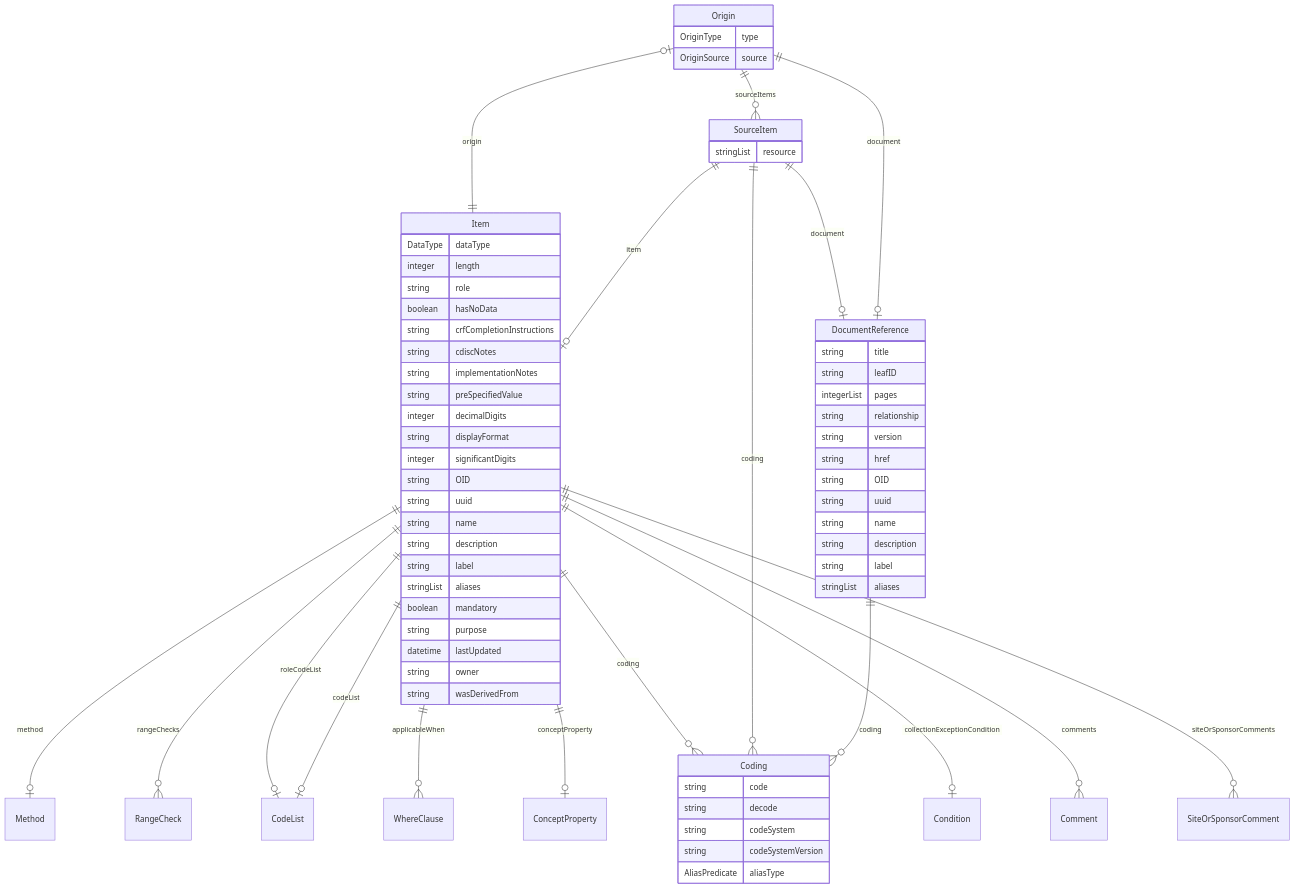
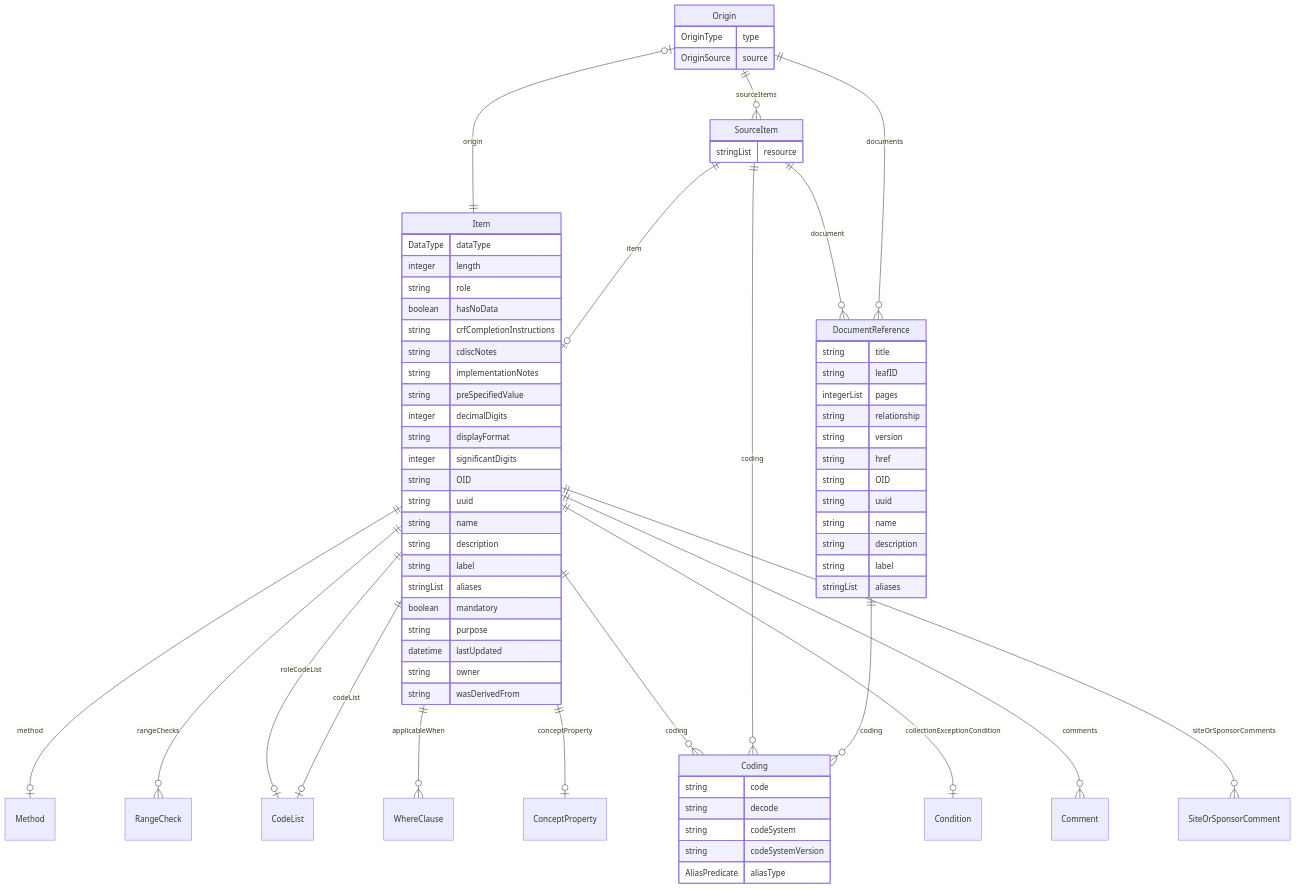
Before and after one commit to TeMeta/define-json: the diagram in docs/classes/Origin.md, drawn with Mermaid. The commit also changed other lines of this file and 110 other files, not shown here.

````diff
--- a/docs/classes/Origin.md
+++ b/docs/classes/Origin.md
@@ -16,74 +16,74 @@
 ```mermaid
 erDiagram
 Origin {
     OriginType type  
     OriginSource source  
 }
 DocumentReference {
     string title  
     string leafID  
     integerList pages  
     string relationship  
     string version  
     string href  
     string OID  
     string uuid  
     string name  
     string description  
     string label  
     stringList aliases  
 }
 Coding {
     string code  
     string decode  
     string codeSystem  
     string codeSystemVersion  
     AliasPredicate aliasType  
 }
 SourceItem {
     stringList resource  
 }
 Item {
     DataType dataType  
     integer length  
     string role  
     boolean hasNoData  
     string crfCompletionInstructions  
     string cdiscNotes  
     string implementationNotes  
     string preSpecifiedValue  
     integer decimalDigits  
     string displayFormat  
     integer significantDigits  
     string OID  
     string uuid  
     string name  
     string description  
     string label  
     stringList aliases  
     boolean mandatory  
     string purpose  
     datetime lastUpdated  
     string owner  
     string wasDerivedFrom  
 }
 
 Origin ||--}o SourceItem : "sourceItems"
-Origin ||--|o DocumentReference : "document"
+Origin ||--}o DocumentReference : "documents"
 DocumentReference ||--}o Coding : "coding"
 SourceItem ||--|o Item : "item"
-SourceItem ||--|o DocumentReference : "document"
+SourceItem ||--}o DocumentReference : "document"
 SourceItem ||--}o Coding : "coding"
 Item ||--|o CodeList : "codeList"
 Item ||--|o Method : "method"
 Item ||--}o RangeCheck : "rangeChecks"
 Item ||--}o WhereClause : "applicableWhen"
 Item ||--|o Origin : "origin"
 Item ||--|o ConceptProperty : "conceptProperty"
 Item ||--|o CodeList : "roleCodeList"
 Item ||--|o Condition : "collectionExceptionCondition"
 Item ||--}o Coding : "coding"
 Item ||--}o Comment : "comments"
 Item ||--}o SiteOrSponsorComment : "siteOrSponsorComments"
 
 ```
````
